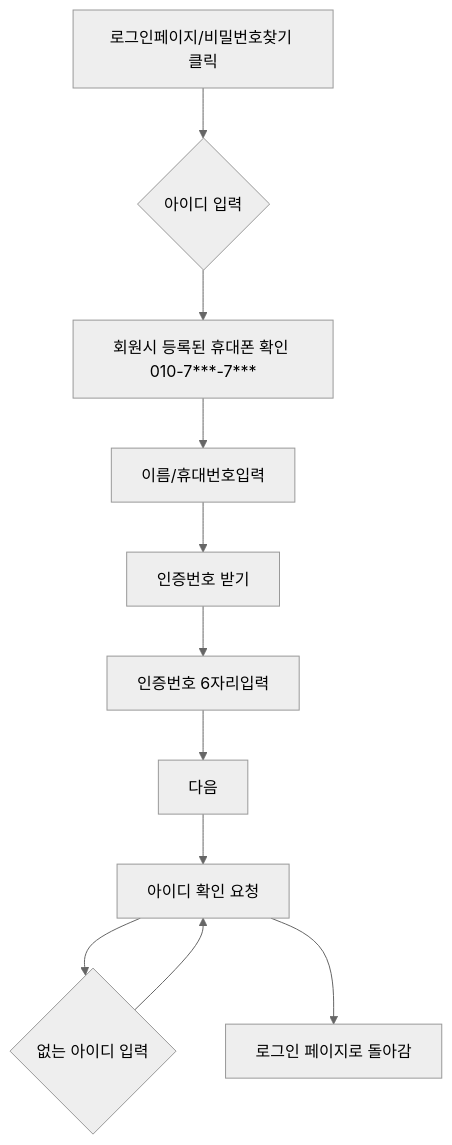
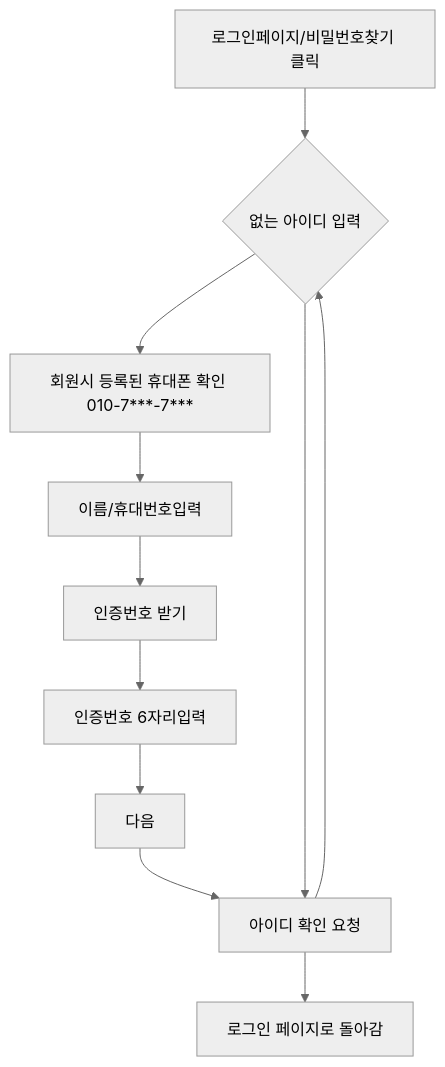
Before and after one commit to 95126m/OnboardingProject: the second of 3 diagrams in login_기능정의서.md, drawn with Mermaid (neutral theme).

````diff
--- a/login_기능정의서.md
+++ b/login_기능정의서.md
@@ -48,4 +48,4 @@
 ```mermaid
 flowchart TD
-    A[로그인페이지/비밀번호찾기 클릭]-->B{아이디 입력}-->c[회원시 등록된 휴대폰 확인 010-7***-7***]-->d[이름/휴대번호입력]-->e[인증번호 받기]-->f[인증번호 6자리입력]-->g[다음]-->h[가입된 이메일로 암호변경 링크 발송] -->b{없는 아이디 입력}-->h[아이디 확인 요청]-->i[로그인 페이지로 돌아감]
+    A[로그인페이지/비밀번호찾기 클릭]-->B{아이디 입력}-->c[회원시 등록된 휴대폰 확인 010-7***-7***]-->d[이름/휴대번호입력]-->e[인증번호 받기]-->f[인증번호 6자리입력]-->g[다음]-->h[가입된 이메일로 암호변경 링크 발송] -->B{없는 아이디 입력}-->h[아이디 확인 요청]-->i[로그인 페이지로 돌아감]
 ```
````
